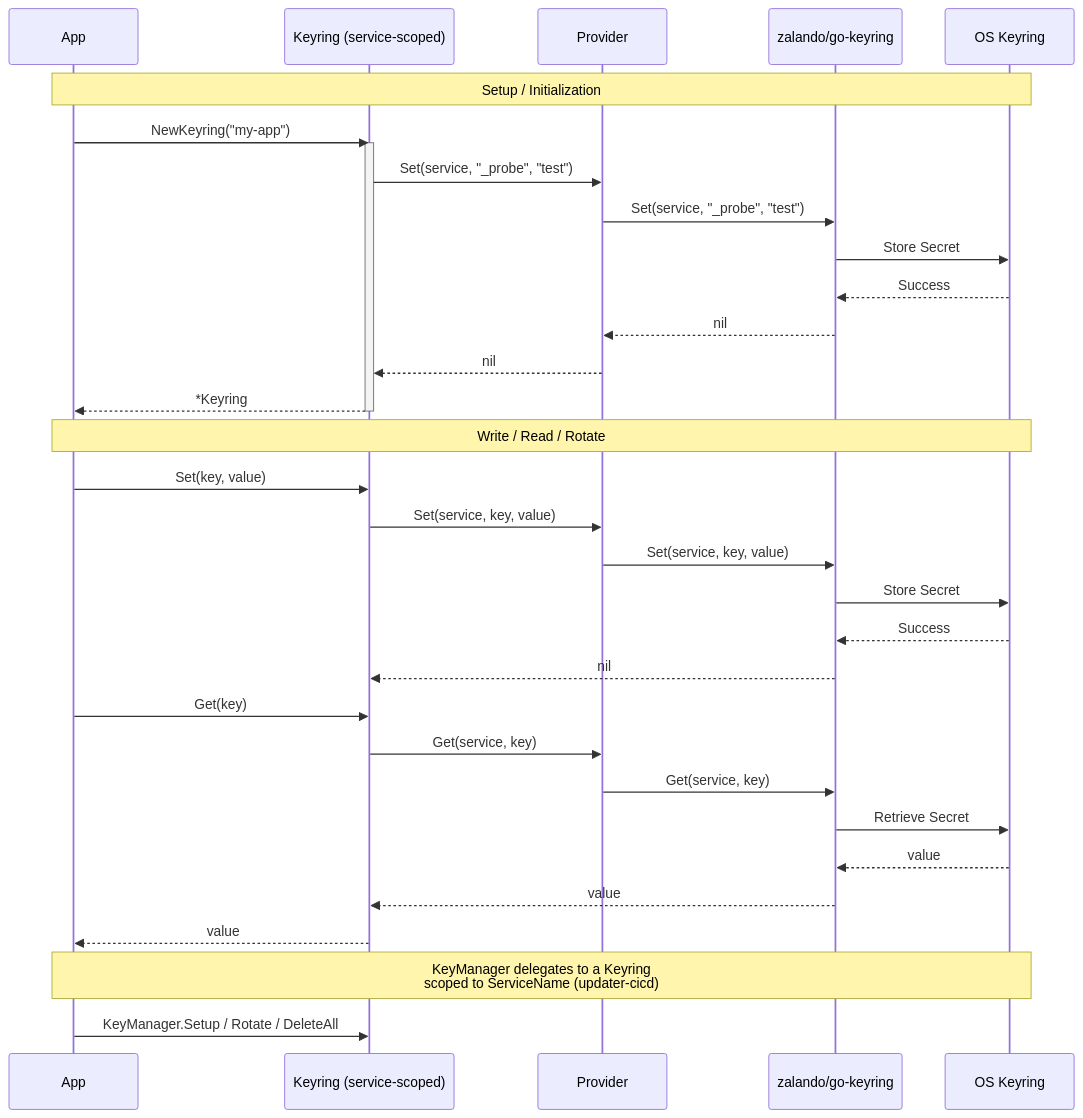
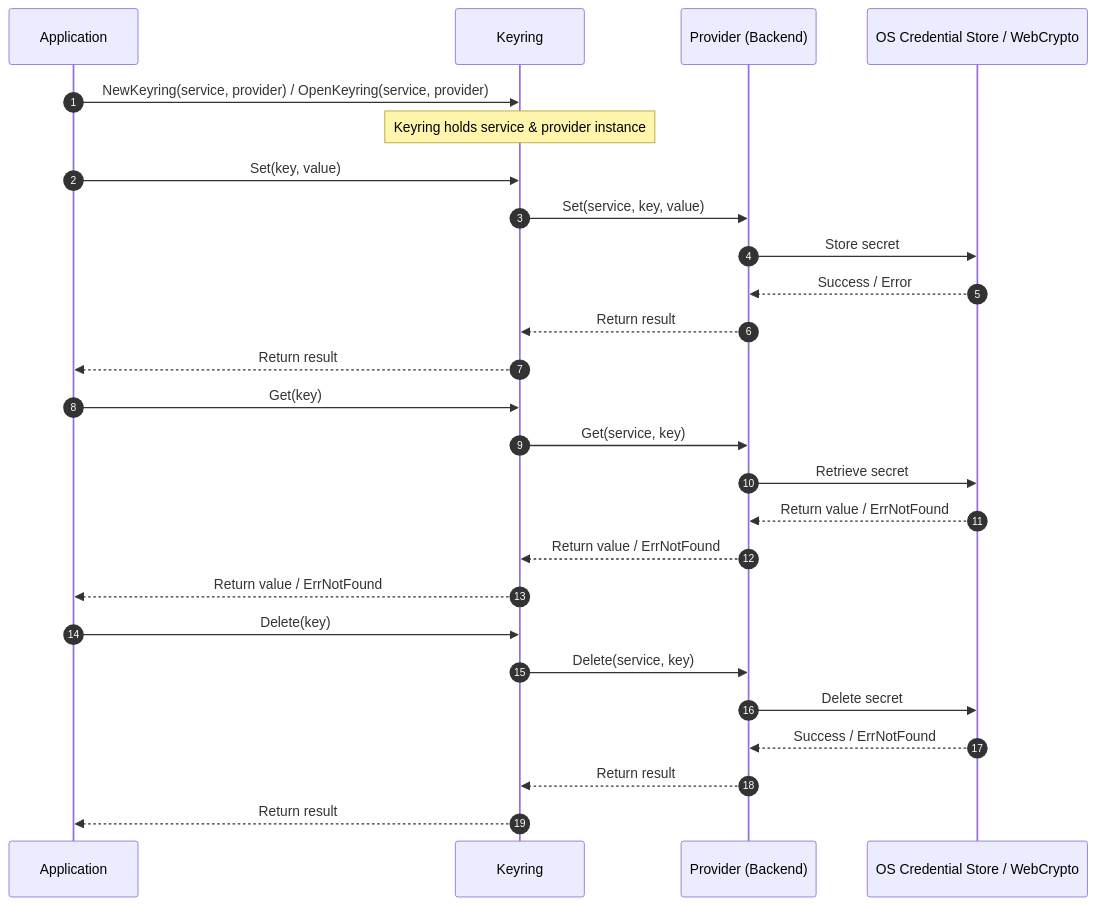
The diagram in docs/keyring-sequence.mermaid (tinywasm/keyring), drawn with Mermaid before and after one commit. The commit also changed 32 other files, not shown here.

```diff
--- a/docs/keyring-sequence.mermaid
+++ b/docs/keyring-sequence.mermaid
@@ -1,37 +1,30 @@
 sequenceDiagram
-    participant App
-    participant KR as Keyring (service-scoped)
-    participant PR as Provider
-    participant ZK as zalando/go-keyring
-    participant OS as OS Keyring
+    autonumber
+    participant App as Application
+    participant KR as Keyring
+    participant P as Provider (Backend)
+    participant OS as OS Credential Store / WebCrypto
 
-    Note over App,OS: Setup / Initialization
-    App->>KR: NewKeyring("my-app")
-    activate KR
-    KR->>PR: Set(service, "_probe", "test")
-    PR->>ZK: Set(service, "_probe", "test")
-    ZK->>OS: Store Secret
-    OS-->>ZK: Success
-    ZK-->>PR: nil
-    PR-->>KR: nil
-    KR-->>App: *Keyring
-    deactivate KR
+    App->>KR: NewKeyring(service, provider) / OpenKeyring(service, provider)
+    Note over KR: Keyring holds service & provider instance
 
-    Note over App,OS: Write / Read / Rotate
     App->>KR: Set(key, value)
-    KR->>PR: Set(service, key, value)
-    PR->>ZK: Set(service, key, value)
-    ZK->>OS: Store Secret
-    OS-->>ZK: Success
-    ZK-->>KR: nil
+    KR->>P: Set(service, key, value)
+    P->>OS: Store secret
+    OS-->>P: Success / Error
+    P-->>KR: Return result
+    KR-->>App: Return result
 
     App->>KR: Get(key)
-    KR->>PR: Get(service, key)
-    PR->>ZK: Get(service, key)
-    ZK->>OS: Retrieve Secret
-    OS-->>ZK: value
-    ZK-->>KR: value
-    KR-->>App: value
+    KR->>P: Get(service, key)
+    P->>OS: Retrieve secret
+    OS-->>P: Return value / ErrNotFound
+    P-->>KR: Return value / ErrNotFound
+    KR-->>App: Return value / ErrNotFound
 
-    Note over App,OS: KeyManager delegates to a Keyring<br/>scoped to ServiceName (updater-cicd)
-    App->>KR: KeyManager.Setup / Rotate / DeleteAll
+    App->>KR: Delete(key)
+    KR->>P: Delete(service, key)
+    P->>OS: Delete secret
+    OS-->>P: Success / ErrNotFound
+    P-->>KR: Return result
+    KR-->>App: Return result
```
